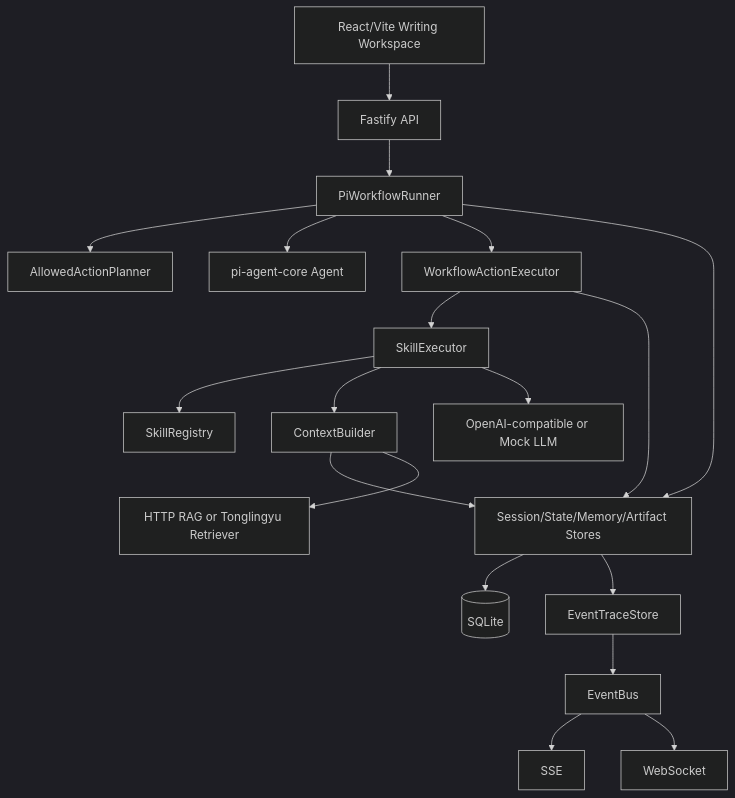
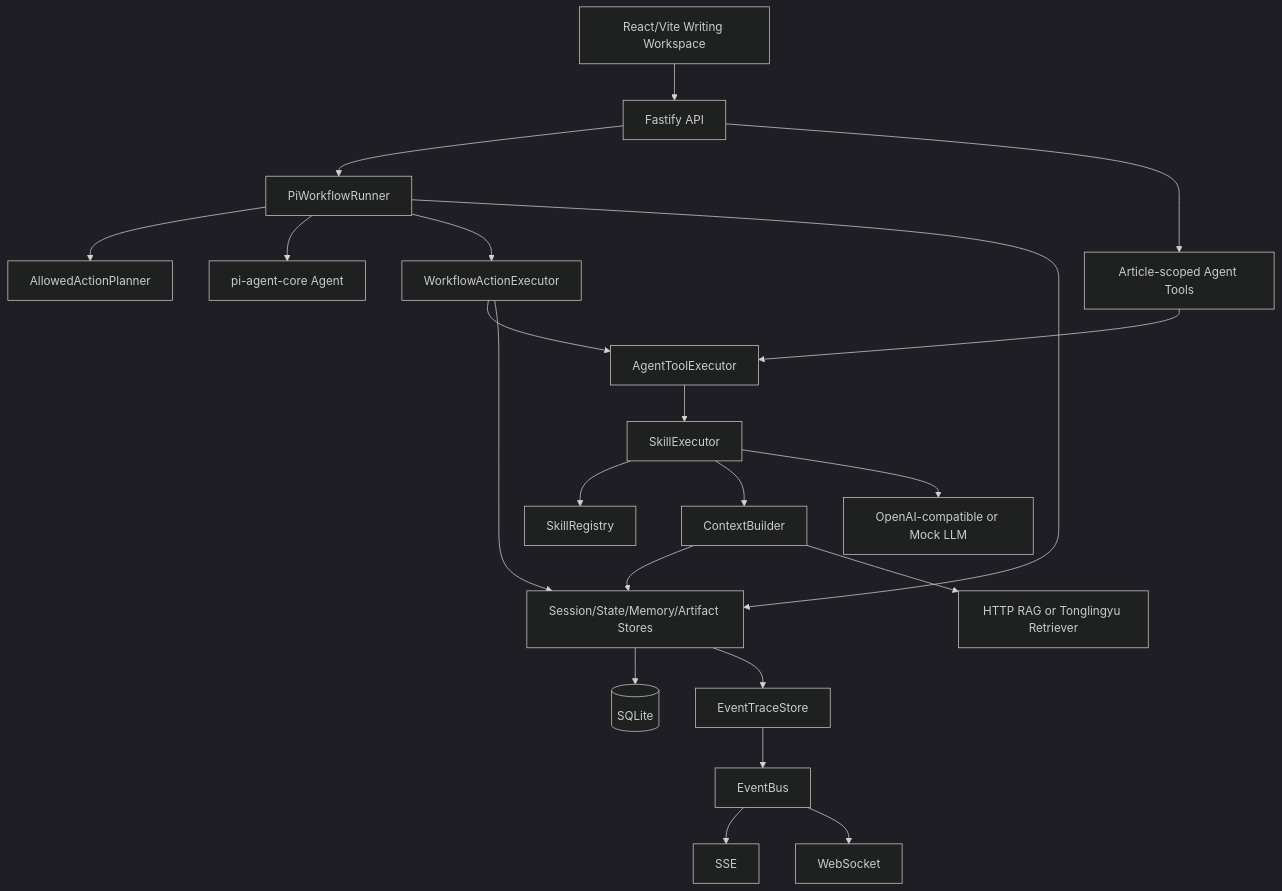
Before and after one commit to simonjiao/writing-assistant: the diagram in docs/technical-architecture.md, drawn with Mermaid (dark theme). The commit also changed other lines of this file and 6 other files, not shown here.

Commit message:
refactor: hide skill executor behind agent tools

````diff
--- a/docs/technical-architecture.md
+++ b/docs/technical-architecture.md
@@ -5,21 +5,24 @@
 ```mermaid
 flowchart TB
   UI[React/Vite Writing Workspace] --> API[Fastify API]
   API --> Runner[PiWorkflowRunner]
+  API --> ArticleAgent[Article-scoped Agent Tools]
   Runner --> Planner[AllowedActionPlanner]
   Runner --> Agent[pi-agent-core Agent]
   Runner --> Executor[WorkflowActionExecutor]
-  Executor --> SkillExec[SkillExecutor]
+  Executor --> ToolExec[AgentToolExecutor]
+  ArticleAgent --> ToolExec
+  ToolExec --> SkillExec[SkillExecutor]
   SkillExec --> Skills[SkillRegistry]
   SkillExec --> Context[ContextBuilder]
   SkillExec --> LLM[OpenAI-compatible or Mock LLM]
   Context --> Stores[Session/State/Memory/Artifact Stores]
   Context --> Knowledge[HTTP RAG or Tonglingyu Retriever]
   Executor --> Stores
   Runner --> Stores
   Stores --> SQLite[(SQLite)]
   Stores --> Trace[EventTraceStore]
   Trace --> Bus[EventBus]
   Bus --> SSE[SSE]
   Bus --> WS[WebSocket]
 ```
````
